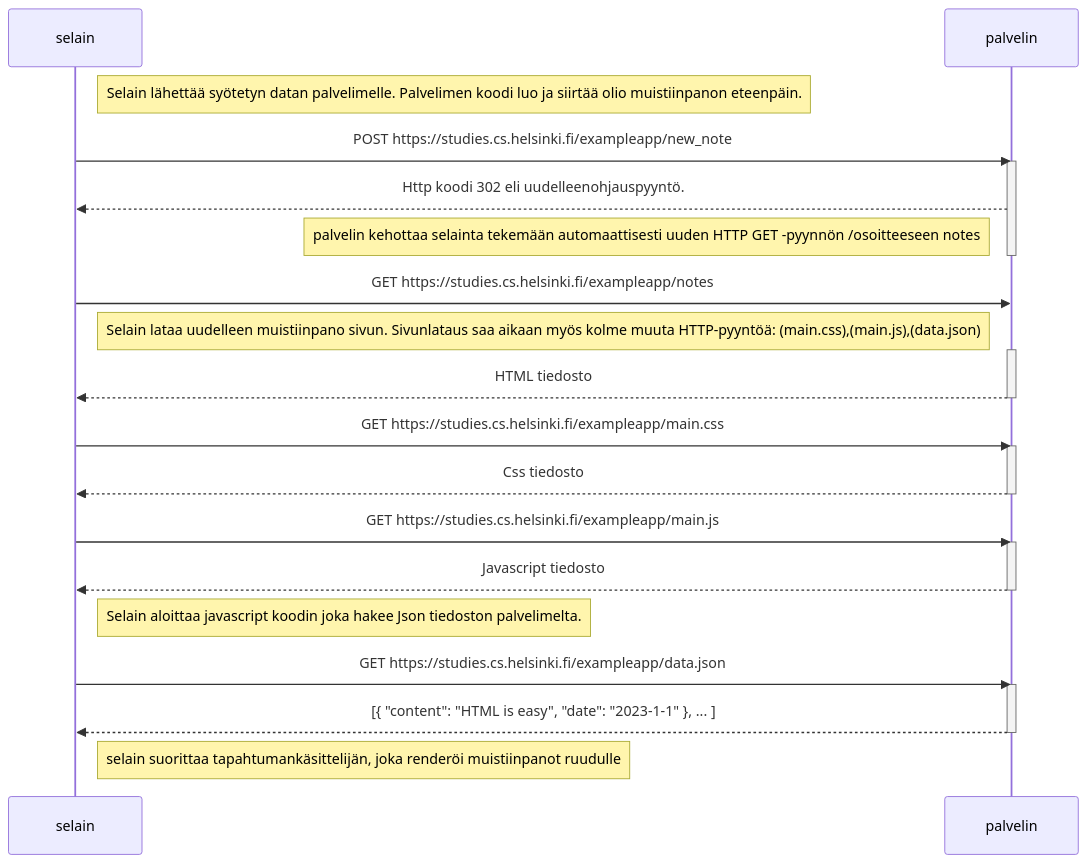
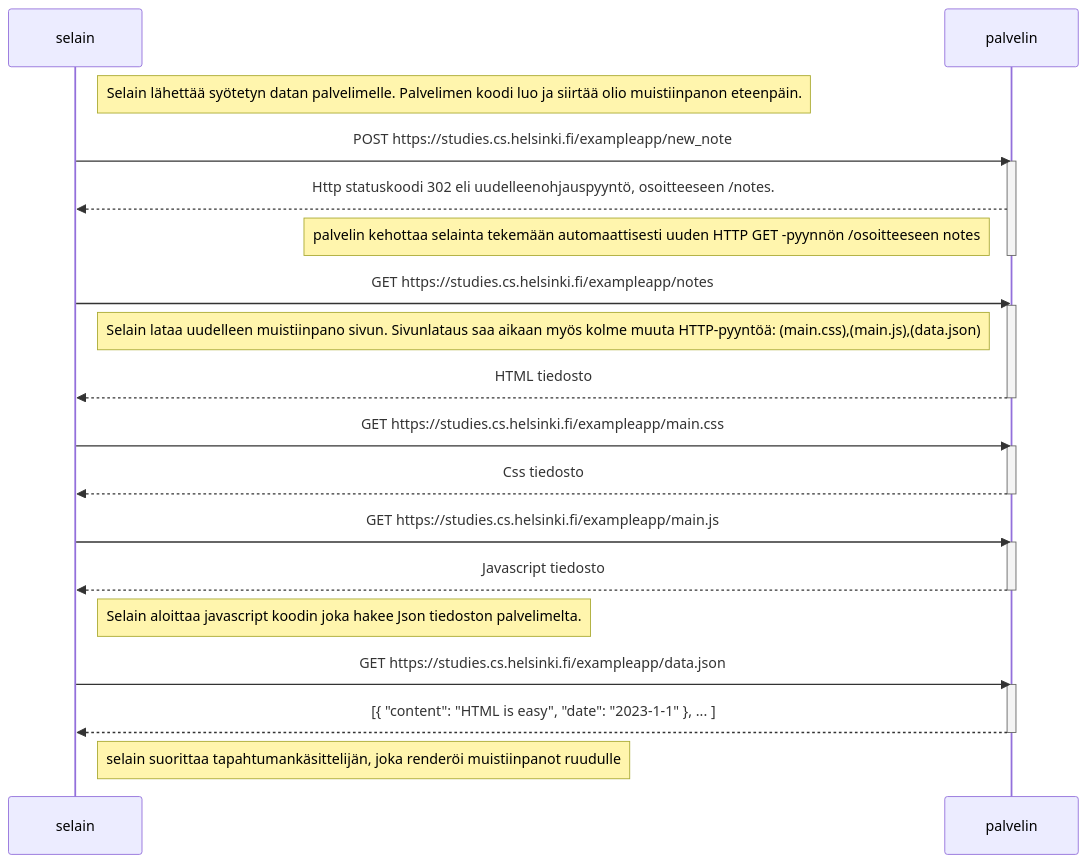
Before and after one commit to Saarenmaaa/fullstackopen: the diagram in osa0/README.md, drawn with Mermaid.

````diff
--- a/osa0/README.md
+++ b/osa0/README.md
@@ -3,37 +3,37 @@
 ```mermaid
 sequenceDiagram
     participant selain
     participant palvelin
 
     Note right of selain: Selain lähettää syötetyn datan palvelimelle. Palvelimen koodi luo ja siirtää olio muistiinpanon eteenpäin.
 
     selain->>palvelin: POST https://studies.cs.helsinki.fi/exampleapp/new_note
     activate palvelin
-    palvelin-->>selain: Http koodi 302 eli uudelleenohjauspyyntö.
+    palvelin-->>selain: Http statuskoodi 302 eli uudelleenohjauspyyntö, osoitteeseen /notes.
     Note left of palvelin: palvelin kehottaa selainta tekemään automaattisesti uuden HTTP GET -pyynnön /osoitteeseen notes
     deactivate palvelin
     
     selain->>palvelin: GET https://studies.cs.helsinki.fi/exampleapp/notes
+    activate palvelin
     Note right of selain: Selain lataa uudelleen muistiinpano sivun. Sivunlataus saa aikaan myös kolme muuta HTTP-pyyntöä: (main.css),(main.js),(data.json)
-    activate palvelin
     palvelin-->>selain: HTML tiedosto
     deactivate palvelin
     
     selain->>palvelin: GET https://studies.cs.helsinki.fi/exampleapp/main.css
     activate palvelin
     palvelin-->>selain: Css tiedosto
     deactivate palvelin
     
     selain->>palvelin: GET https://studies.cs.helsinki.fi/exampleapp/main.js
     activate palvelin
     palvelin-->>selain: Javascript tiedosto
     deactivate palvelin
     
     Note right of selain: Selain aloittaa javascript koodin joka hakee Json tiedoston palvelimelta.
     selain->>palvelin: GET https://studies.cs.helsinki.fi/exampleapp/data.json
     activate palvelin
     palvelin-->>selain: [{ "content": "HTML is easy", "date": "2023-1-1" }, ... ]
     deactivate palvelin    
 
     Note right of selain: selain suorittaa tapahtumankäsittelijän, joka renderöi muistiinpanot ruudulle
 ```
````
